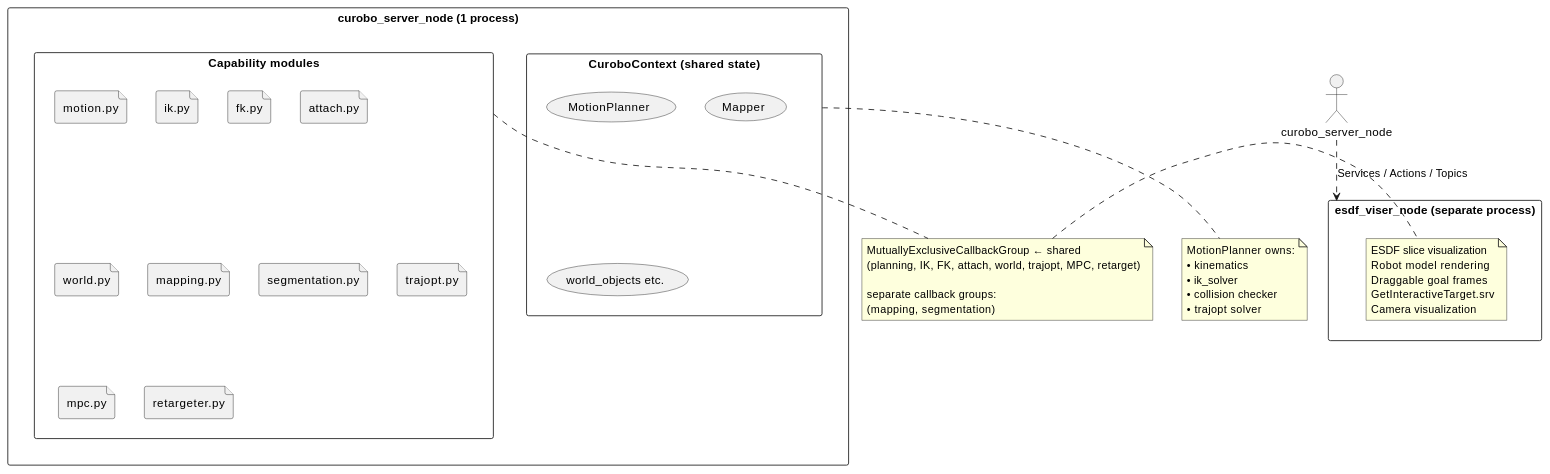
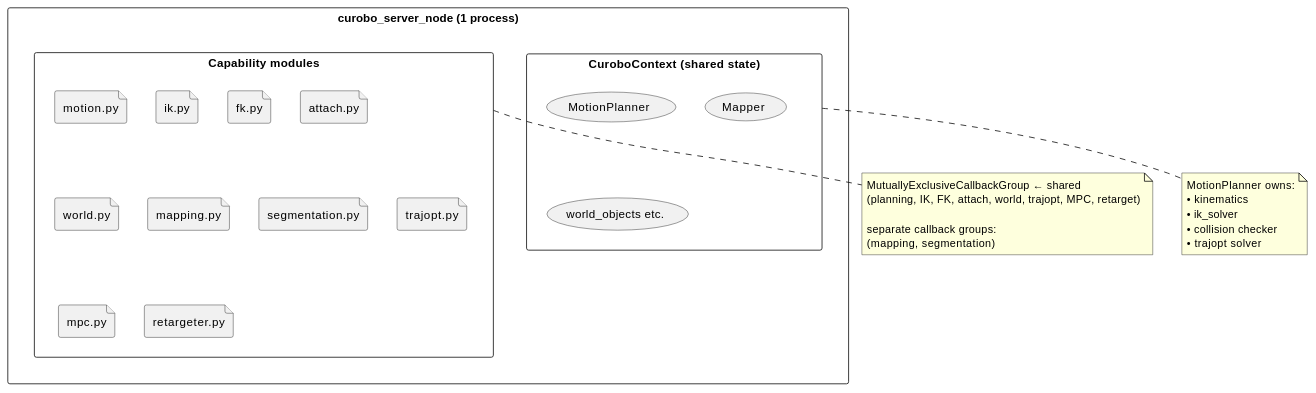
The diagram in README.md (Skydeke/curobov2_ros_manipulation_pipeline), drawn with PlantUML before and after one commit. The commit also changed other lines of this file and 31 other files, not shown here.

````diff
--- a/README.md
+++ b/README.md
@@ -362,54 +343,43 @@
 ```plantuml
 @startuml
 skinparam packageStyle rectangle
 
 rectangle "curobo_server_node (1 process)" {
   rectangle "CuroboContext (shared state)" as CTX {
     (MotionPlanner)
     (Mapper)
     (world_objects etc.)
   }
 
   rectangle "Capability modules" as MODS {
     file motion.py
     file ik.py
     file fk.py
     file attach.py
     file world.py
     file mapping.py
     file segmentation.py
     file trajopt.py
     file mpc.py
     file retargeter.py
   }
 }
 
 note bottom of CTX
   MotionPlanner owns:
   • kinematics
   • ik_solver
   • collision checker
   • trajopt solver
 end note
 
 note bottom of MODS
   MutuallyExclusiveCallbackGroup ← shared
   (planning, IK, FK, attach, world, trajopt, MPC, retarget)
 
   separate callback groups:
   (mapping, segmentation)
 end note
 
-rectangle "esdf_viser_node (separate process)" as VIS {
-  note right
-    ESDF slice visualization
-    Robot model rendering
-    Draggable goal frames
-    GetInteractiveTarget.srv
-    Camera visualization
-  end note
-}
-
-curobo_server_node ..> VIS : Services / Actions / Topics
 @enduml
 ```
````
